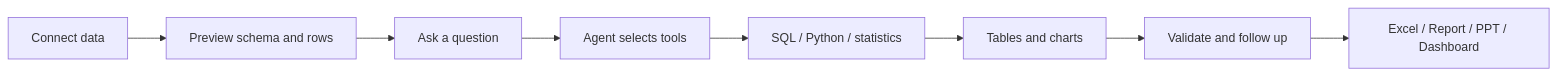
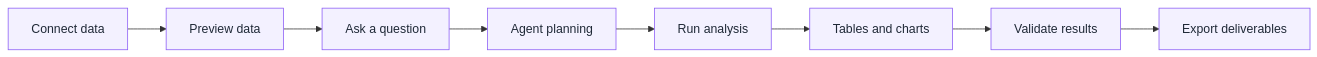
Before and after one commit to qrwuu/data-analysis-agent: the first of 2 diagrams in README_EN.md, drawn with Mermaid. The commit also changed other lines of this file and 2 other files, not shown here.

Commit message:
docs: simplify Mermaid diagrams

````diff
--- a/README_EN.md
+++ b/README_EN.md
@@ -39,10 +39,13 @@
 ```mermaid
 flowchart LR
-    A[Connect data] --> B[Preview schema and rows]
+    A[Connect data] --> B[Preview data]
     B --> C[Ask a question]
-    C --> D[Agent selects tools]
-    D --> E[SQL / Python / statistics]
+    C --> D[Agent planning]
+    D --> E[Run analysis]
     E --> F[Tables and charts]
-    F --> G[Validate and follow up]
-    G --> H[Excel / Report / PPT / Dashboard]
+    F --> G[Validate results]
+    G --> H[Export deliverables]
+
+    classDef step fill:#F3F1FF,stroke:#8B5CF6,color:#1F2937,stroke-width:1px
+    class A,B,C,D,E,F,G,H step
 ```
````
